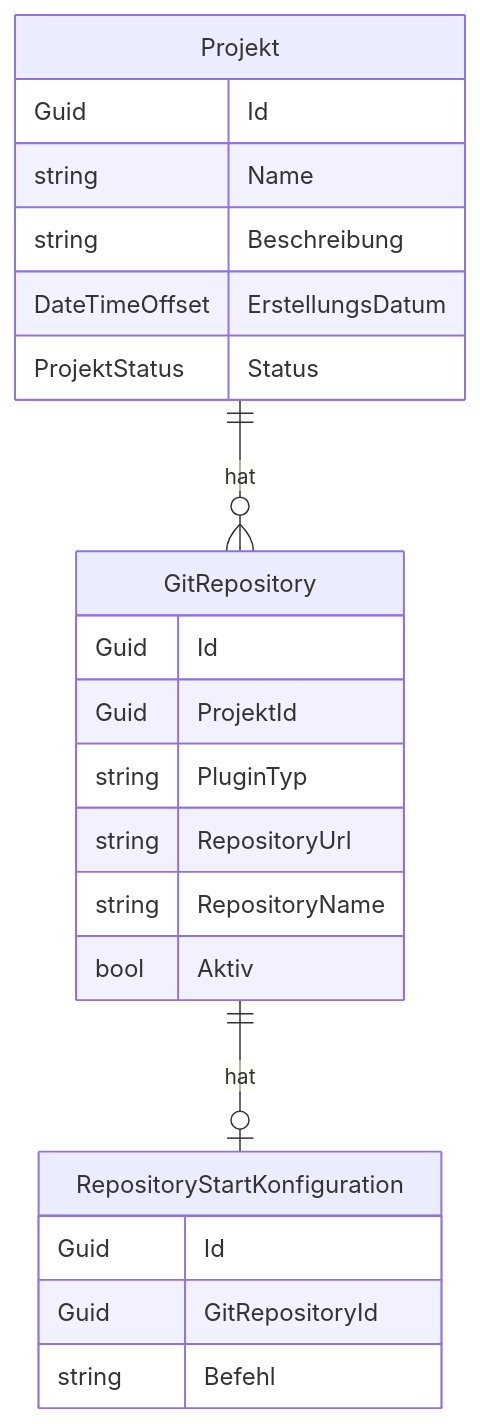
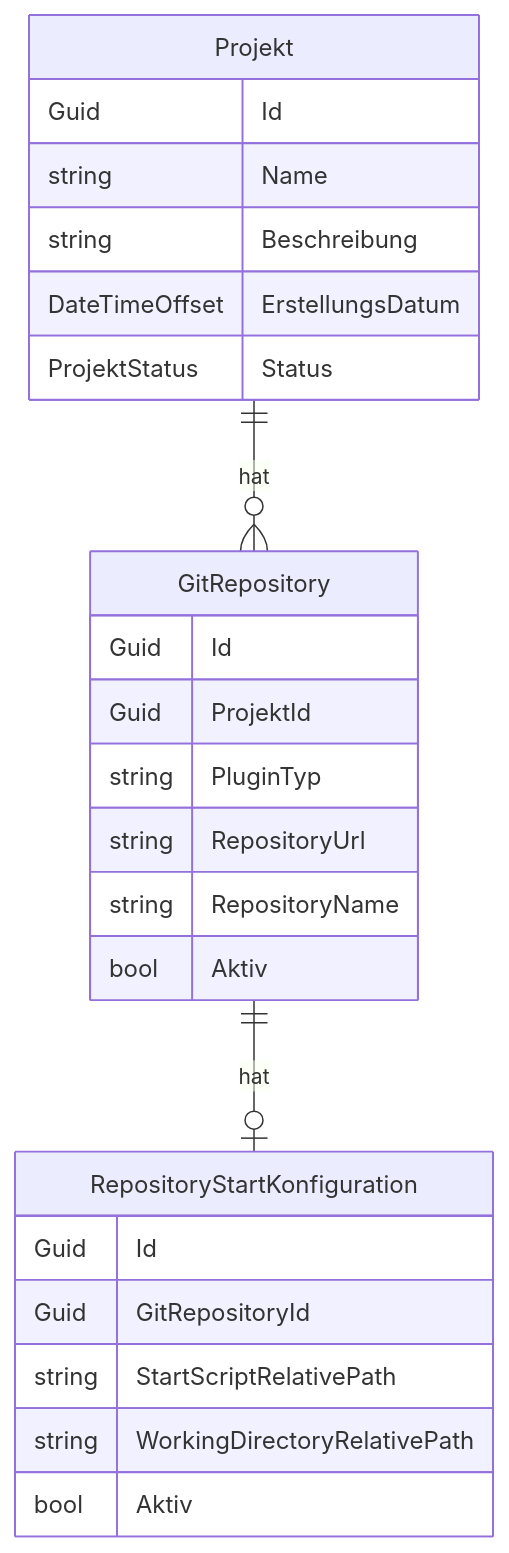
Before and after one commit to martin-stromberg/Softwareschmiede: the diagram in docs/help/projekte/datenmodell.md, drawn with Mermaid. The commit also changed other lines of this file and 43 other files, not shown here.

````diff
--- a/docs/help/projekte/datenmodell.md
+++ b/docs/help/projekte/datenmodell.md
@@ -39,25 +41,27 @@
 ```mermaid
 erDiagram
     Projekt {
         Guid Id
         string Name
         string Beschreibung
         DateTimeOffset ErstellungsDatum
         ProjektStatus Status
     }
     GitRepository {
         Guid Id
         Guid ProjektId
         string PluginTyp
         string RepositoryUrl
         string RepositoryName
         bool Aktiv
     }
     RepositoryStartKonfiguration {
         Guid Id
         Guid GitRepositoryId
-        string Befehl
+        string StartScriptRelativePath
+        string WorkingDirectoryRelativePath
+        bool Aktiv
     }
     Projekt ||--o{ GitRepository : "hat"
     GitRepository ||--o| RepositoryStartKonfiguration : "hat"
 ```
````
